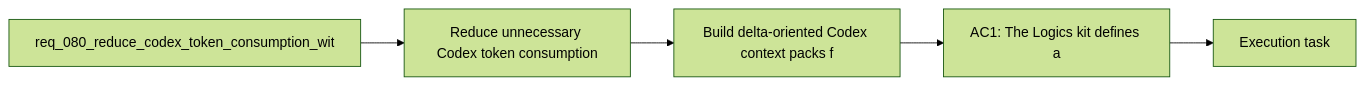
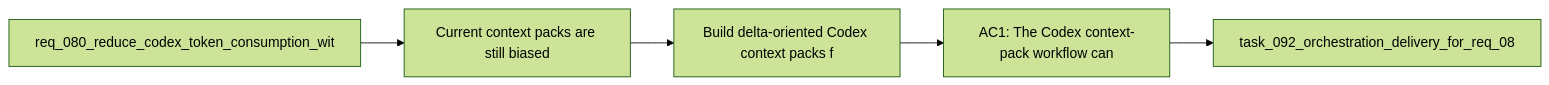
Before and after one commit to AlexAgo83/logics-manager: the diagram in logics/backlog/item_106_build_delta_oriented_codex_context_packs_from_direct_dependencies_and_recent_changes.md, drawn with Mermaid (forest theme). The commit also changed 481 other files, not shown here.

Commit message:
Normalize Logics docs and workflow indicators

````diff
--- a/logics/backlog/item_106_build_delta_oriented_codex_context_packs_from_direct_dependencies_and_recent_changes.md
+++ b/logics/backlog/item_106_build_delta_oriented_codex_context_packs_from_direct_dependencies_and_recent_changes.md
@@ -28,9 +28,9 @@
 ```mermaid
 %% logics-kind: backlog
 %% logics-signature: backlog|build-delta-oriented-codex-context-packs|req-080-reduce-codex-token-consumption-w|current-context-packs-are-still-biased|ac1-the-codex-context-pack-workflow-can
 flowchart LR
-    Request[req_080_reduce_codex_token_consumption_wit] --> Problem[Reduce unnecessary Codex token consumption]
+    Request[req_080_reduce_codex_token_consumption_wit] --> Problem[Current context packs are still biased]
     Problem --> Scope[Build delta-oriented Codex context packs f]
-    Scope --> Acceptance[AC1: The Logics kit defines a]
-    Acceptance --> Tasks[Execution task]
+    Scope --> Acceptance[AC1: The Codex context-pack workflow can]
+    Acceptance --> Tasks[task_092_orchestration_delivery_for_req_08]
 ```
````
